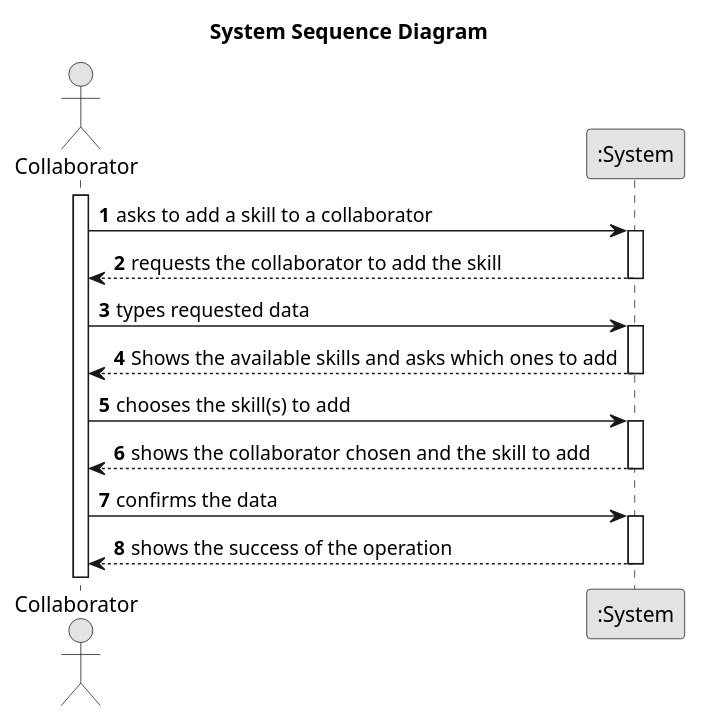
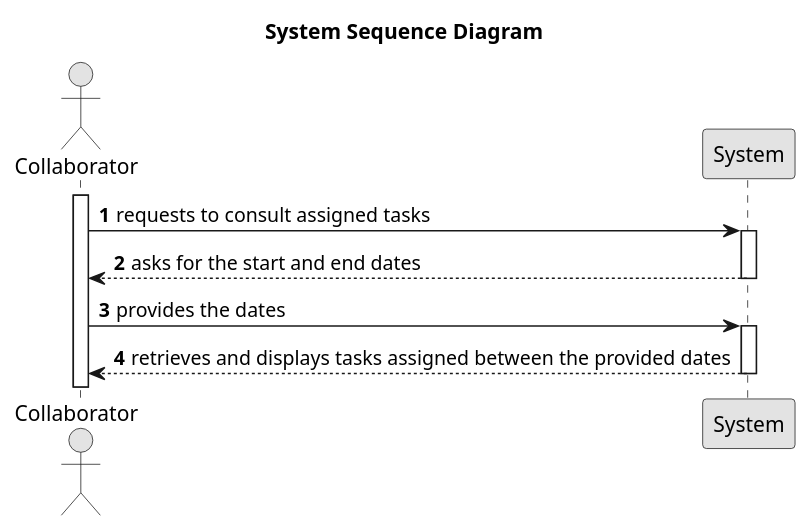
One commit to RicardoMorim/lapr2-ISEP-Project changed the diagram in docs/sprintC/us028/01.requirements-engineering/puml/us028-alternative-one.puml. Above: the diagram before and after it, drawn with PlantUML. The commit also changed 3 other files, not shown here.

```diff
--- a/docs/sprintC/us028/01.requirements-engineering/puml/us028-alternative-one.puml
+++ b/docs/sprintC/us028/01.requirements-engineering/puml/us028-alternative-one.puml
@@ -1,40 +1,27 @@
 @startuml
 skinparam monochrome true
 skinparam packageStyle rectangle
 skinparam shadowing false
 
 title System Sequence Diagram
 
 autonumber
 
-actor "Collaborator" as Employee
-participant ":System" as System
+actor "Collaborator"
+participant "System" as System
 
-activate Employee
+activate Collaborator
 
-    Employee -> System : asks to add a skill to a collaborator
-    activate System
+Collaborator -> System : requests to consult assigned tasks
+activate System
 
+System --> Collaborator : asks for the start and end dates
+deactivate System
 
-    System --> Employee : requests the collaborator to add the skill
-    deactivate System
+Collaborator -> System : provides the dates
+activate System
 
-    Employee -> System : types requested data
-    activate System
-
-    System --> Employee : Shows the available skills and asks which ones to add
-    deactivate System
-
-    Employee -> System : chooses the skill(s) to add
-    activate System
-
-    System --> Employee : shows the collaborator chosen and the skill to add
-    deactivate System
-
-    Employee -> System : confirms the data
-    activate System
-
-    System --> Employee : shows the success of the operation
-    deactivate System
+System --> Collaborator : retrieves and displays tasks assigned between the provided dates
+deactivate System
 
 @enduml
```
